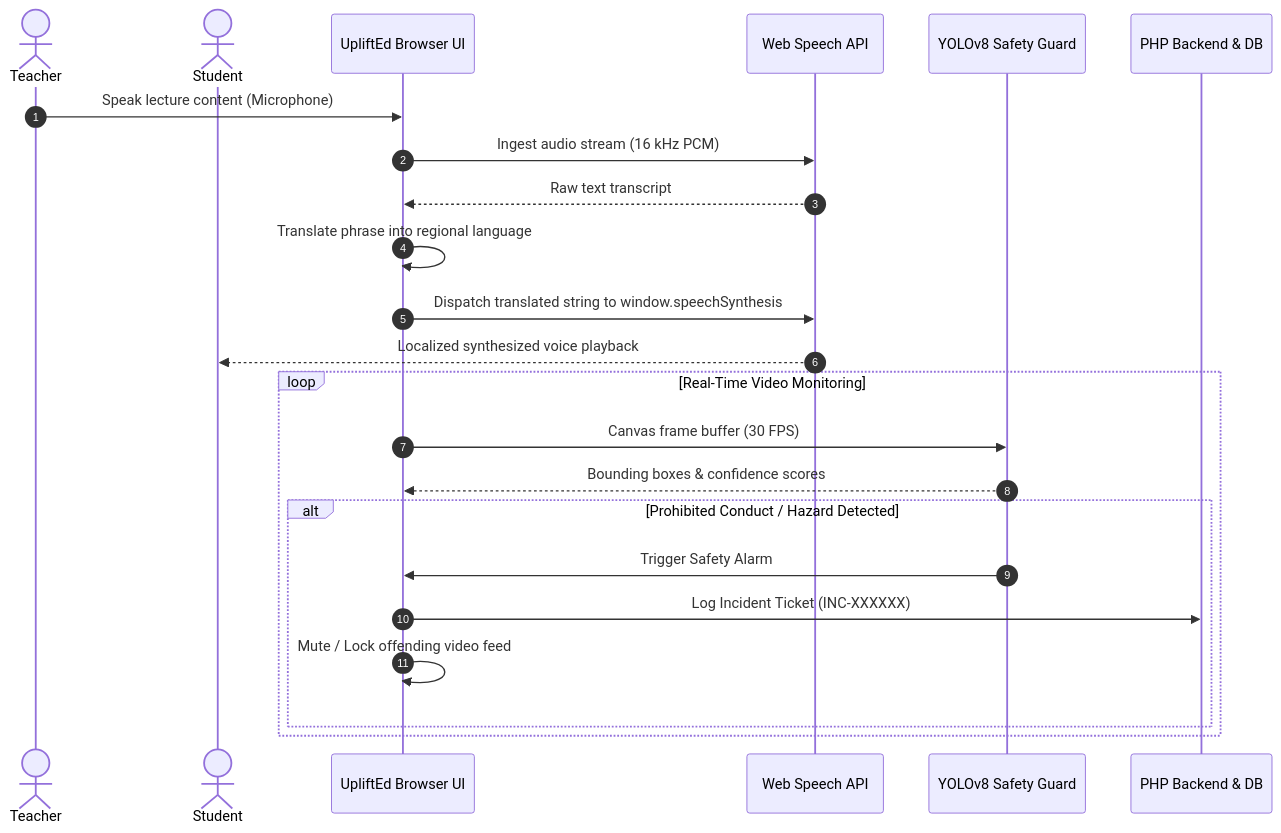
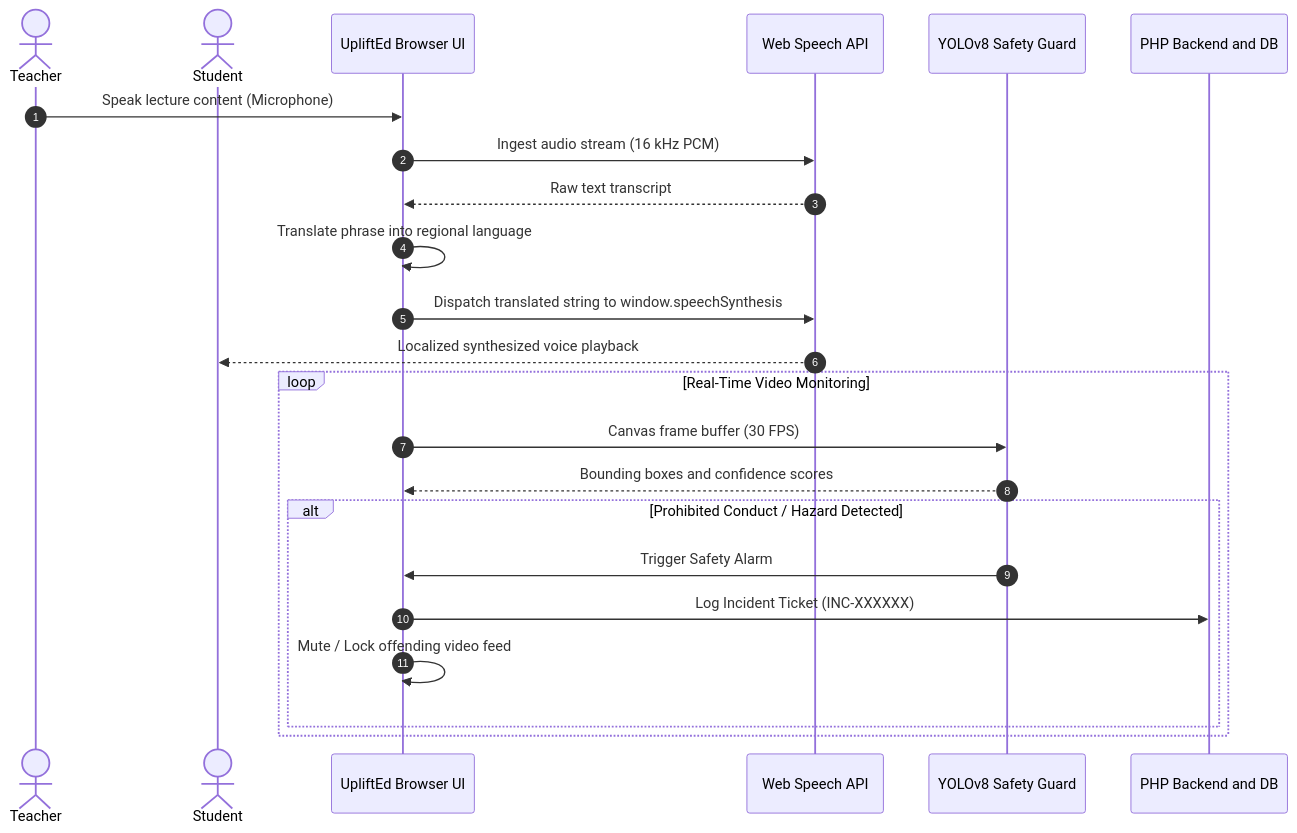
Before and after one commit to Hitesh070/Advance-Online-Learning-System: the second of 2 diagrams in README.md, drawn with Mermaid.

Commit message:
docs(readme): convert multi-node connections to discrete arrows and sanitize mermaid tokens

````diff
--- a/README.md
+++ b/README.md
@@ -377,27 +377,27 @@
 ```mermaid
 sequenceDiagram
     autonumber
     actor Teacher
     actor Student
     participant WebUI as UpliftEd Browser UI
     participant Speech as Web Speech API
     participant Vision as YOLOv8 Safety Guard
-    participant Server as PHP Backend & DB
+    participant Server as PHP Backend and DB
 
     Teacher->>WebUI: Speak lecture content (Microphone)
     WebUI->>Speech: Ingest audio stream (16 kHz PCM)
     Speech-->>WebUI: Raw text transcript
     WebUI->>WebUI: Translate phrase into regional language
     WebUI->>Speech: Dispatch translated string to window.speechSynthesis
     Speech-->>Student: Localized synthesized voice playback
 
     loop Real-Time Video Monitoring
         WebUI->>Vision: Canvas frame buffer (30 FPS)
-        Vision-->>WebUI: Bounding boxes & confidence scores
+        Vision-->>WebUI: Bounding boxes and confidence scores
         alt Prohibited Conduct / Hazard Detected
             Vision->>WebUI: Trigger Safety Alarm
             WebUI->>Server: Log Incident Ticket (INC-XXXXXX)
             WebUI->>WebUI: Mute / Lock offending video feed
         end
     end
 ```
````
